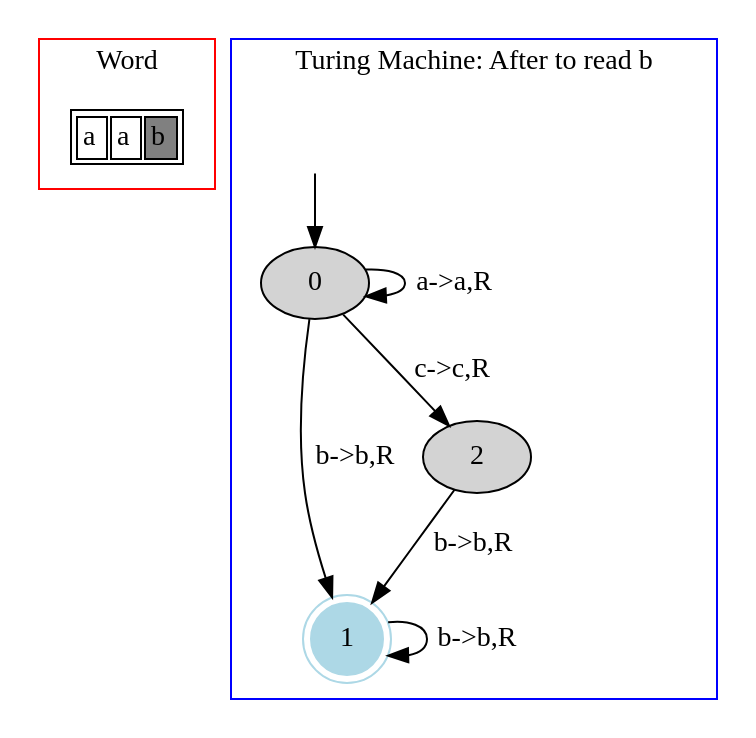
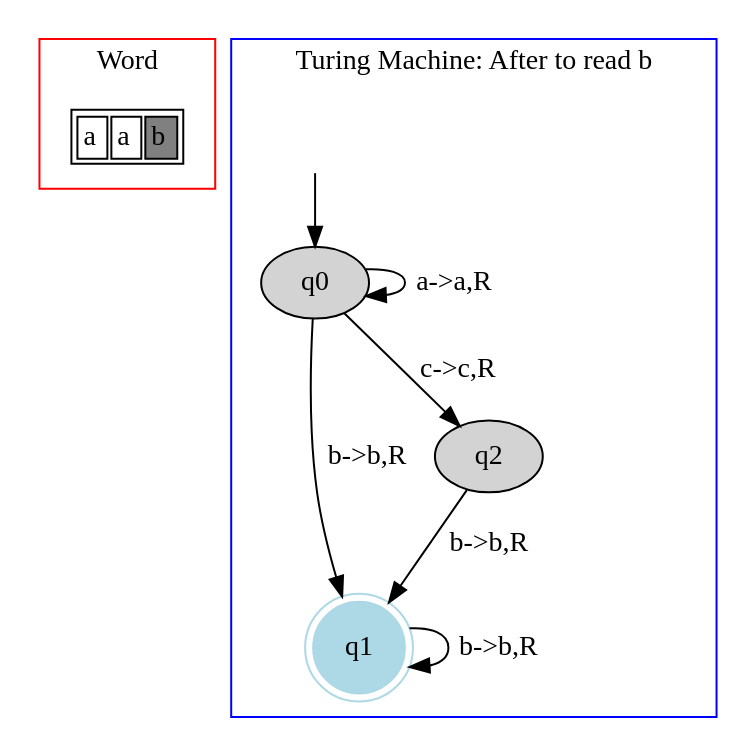
Before and after one commit to danielScLima/turing_machine: the diagram in TM/images/file4.dot, drawn with Graphviz. The commit also changed 13 other files, not shown here.

```diff
--- a/TM/images/file4.dot
+++ b/TM/images/file4.dot
@@ -1,30 +1,30 @@
 digraph G {
 	subgraph cluster_0 {
 		node [shape=plaintext];
 
 struct1 [label=<<TABLE>
 <TR>
 <TD><FONT>a</FONT></TD>
 <TD><FONT>a</FONT></TD>
 <TD BGCOLOR="gray"><FONT>b</FONT></TD>
 </TR>
 </TABLE>>];
 label = "Word";
 color=red;
 }
 	subgraph cluster_1 {
 		node [style=filled];
 		label = "Turing Machine: After to read b"
 		color=blue;
 
-		0;
-		1 [shape="doublecircle",color="lightblue"];
-		2;
-		0->0[label="a->a,R"];
-		0->1[label="b->b,R"];
-		0->2[label="c->c,R"];
-		1->1[label="b->b,R"];
-		2->1[label="b->b,R"];
-x [color=white, label=""];		x->0	}
+		q0;
+		q1 [shape="doublecircle",color="lightblue"];
+		q2;
+		q0->q0[label="a->a,R"];
+		q0->q1[label="b->b,R"];
+		q0->q2[label="c->c,R"];
+		q1->q1[label="b->b,R"];
+		q2->q1[label="b->b,R"];
+x [color=white, label=""];		x->q0	}
 
 }
```
